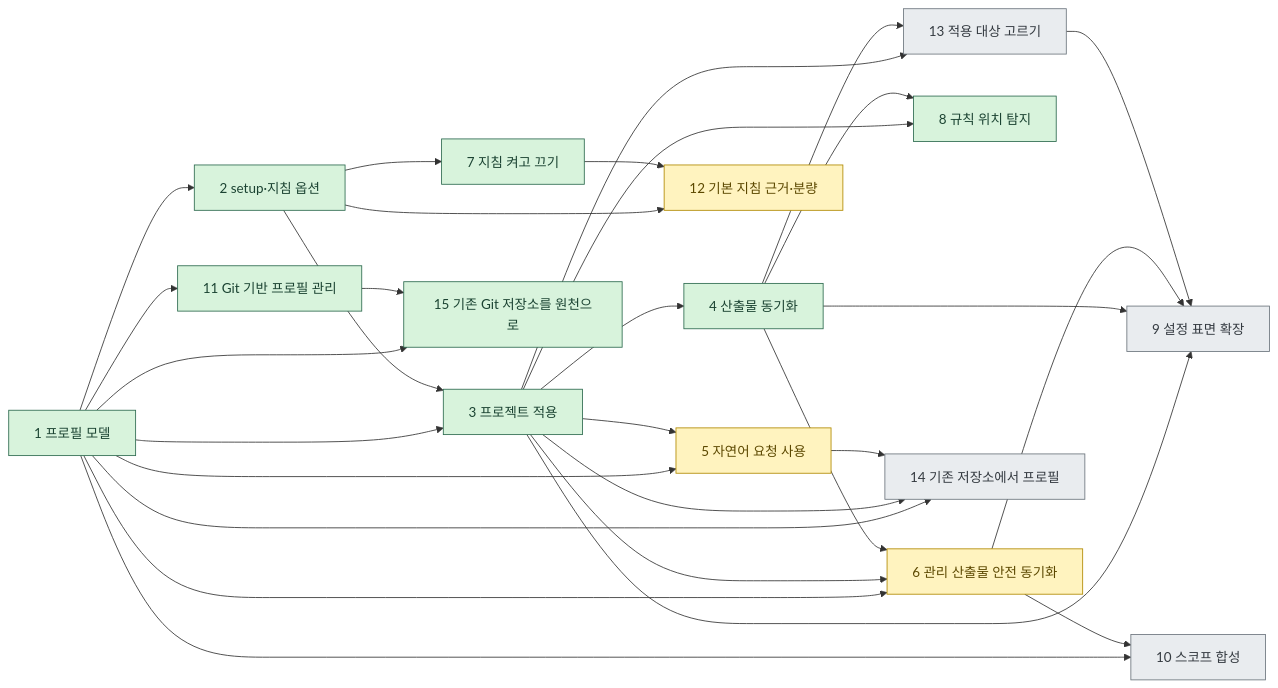
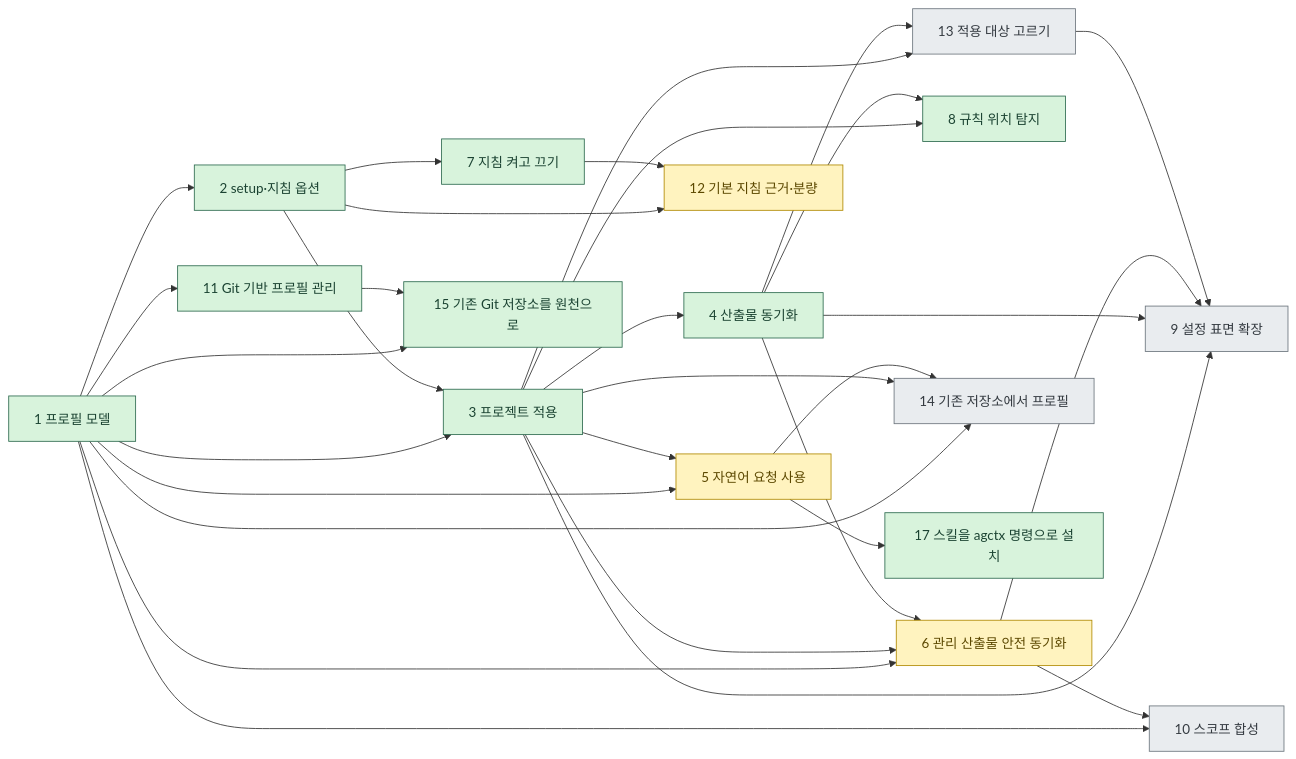
One commit to IsthisLee/agent-context-manager changed the diagram in docs/discussion/architecture/README.md. Above: the diagram before and after it, drawn with Mermaid. The commit also changed other lines of this file and 43 other files, not shown here.

First line of the commit message:
feat: 에이전트 스킬을 CLI 패키지에 넣고 agctx install로 설치한다 (#77)

````diff
--- a/docs/discussion/architecture/README.md
+++ b/docs/discussion/architecture/README.md
@@ -38,39 +39,40 @@
 ```mermaid
 flowchart LR
   S1["1 프로필 모델"] --> S2["2 setup·지침 옵션"]
   S1 --> S3["3 프로젝트 적용"]
   S2 --> S3
   S3 --> S4["4 산출물 동기화"]
   S1 --> S5["5 자연어 요청 사용"]
   S3 --> S5
   S1 --> S6["6 관리 산출물 안전 동기화"]
   S3 --> S6
   S4 --> S6
   S2 --> S7["7 지침 켜고 끄기"]
   S3 --> S8["8 규칙 위치 탐지"]
   S4 --> S8
   S3 --> S9["9 설정 표면 확장"]
   S4 --> S9
   S6 --> S9
   S1 --> S10["10 스코프 합성"]
   S6 --> S10
   S1 --> S11["11 Git 기반 프로필 관리"]
   S2 --> S12["12 기본 지침 근거·분량"]
   S7 --> S12
   S3 --> S13["13 적용 대상 고르기"]
   S4 --> S13
   S13 --> S9
   S1 --> S14["14 기존 저장소에서 프로필"]
   S3 --> S14
   S5 --> S14
   S1 --> S15["15 기존 Git 저장소를 원천으로"]
   S11 --> S15
+  S5 --> S17["17 스킬을 agctx 명령으로 설치"]
   classDef done fill:#d8f3dc,stroke:#2d6a4f,color:#1b4332
   classDef doing fill:#fff3bf,stroke:#b08900,color:#5c4800
   classDef todo fill:#e9ecef,stroke:#6c757d,color:#343a40
   %% agctx:generated:stage-classes:start
-  class S1,S2,S3,S4,S7,S8,S11,S15 done
+  class S1,S2,S3,S4,S7,S8,S11,S15,S17 done
   class S5,S6,S12 doing
   class S9,S10,S13,S14 todo
   %% agctx:generated:stage-classes:end
 ```
````
